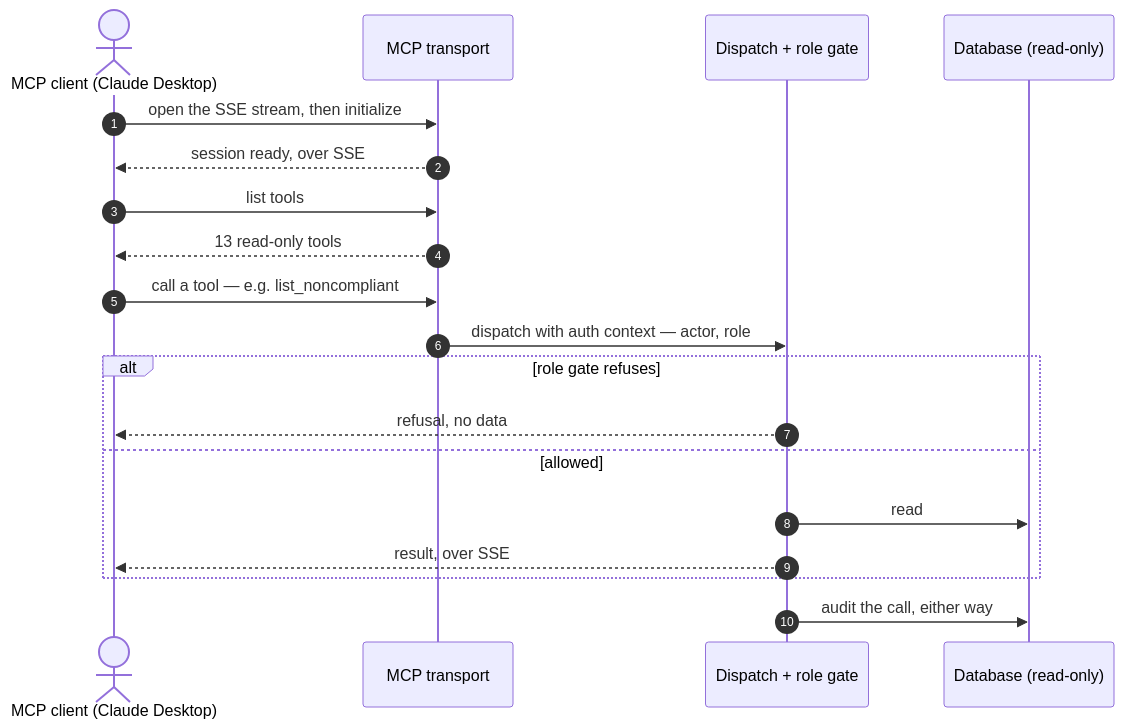
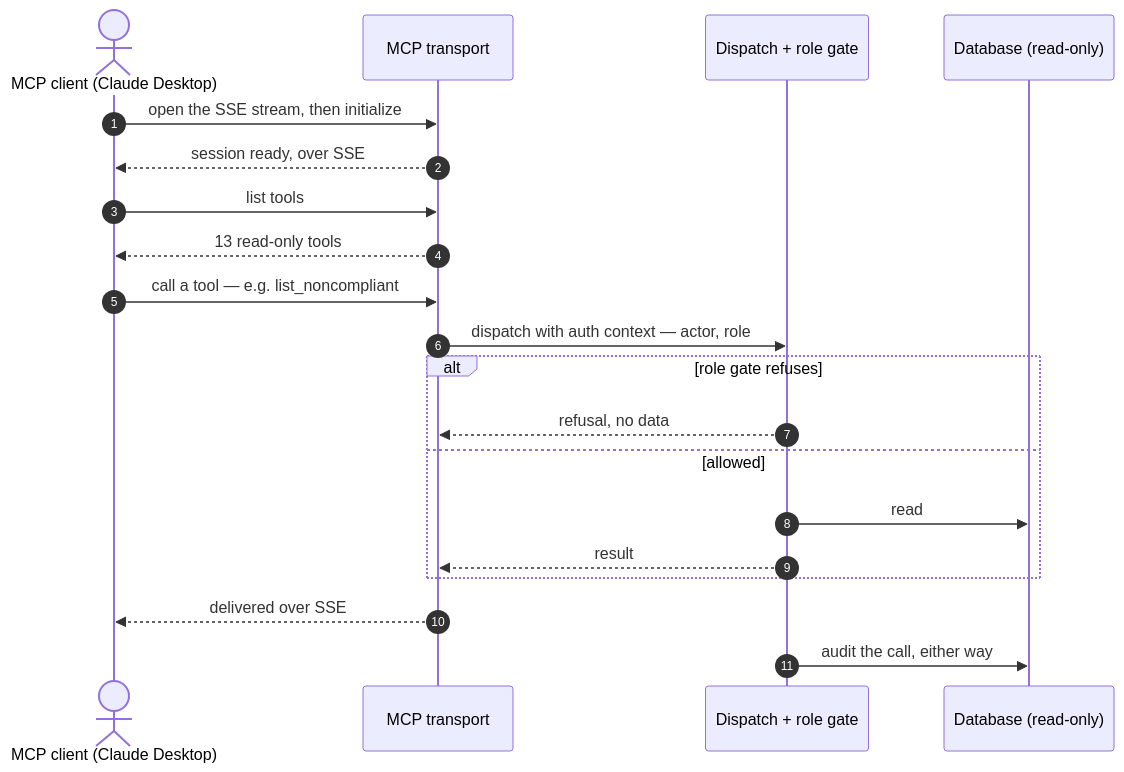
One commit to Taleef7/workwell changed the sixth of 6 diagrams in docs/guide/10-scenarios.md. Above: the diagram before and after it, drawn with Mermaid. The commit also changed other lines of this file, not shown here.

````diff
--- a/docs/guide/10-scenarios.md
+++ b/docs/guide/10-scenarios.md
@@ -314,21 +350,22 @@
 ```mermaid
 sequenceDiagram
   autonumber
   actor C as MCP client (Claude Desktop)
   participant T as MCP transport
   participant D as Dispatch + role gate
   participant DB as Database (read-only)
   C->>T: open the SSE stream, then initialize
   T-->>C: session ready, over SSE
   C->>T: list tools
   T-->>C: 13 read-only tools
   C->>T: call a tool — e.g. list_noncompliant
   T->>D: dispatch with auth context — actor, role
   alt role gate refuses
-    D-->>C: refusal, no data
+    D-->>T: refusal, no data
   else allowed
     D->>DB: read
-    D-->>C: result, over SSE
+    D-->>T: result
   end
+  T-->>C: delivered over SSE
   D->>DB: audit the call, either way
 ```
````
